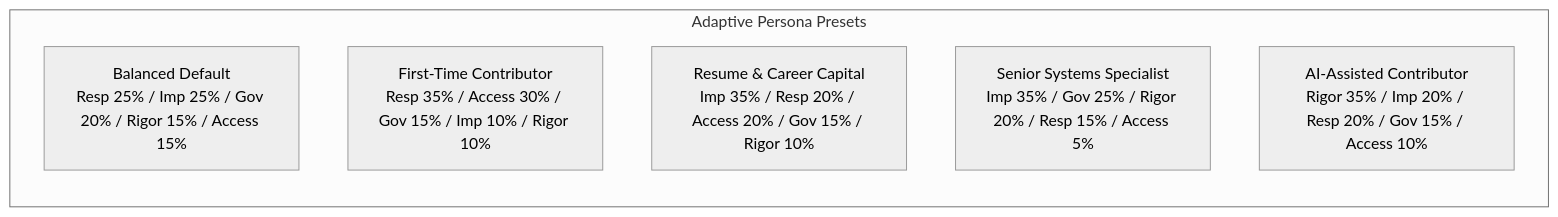
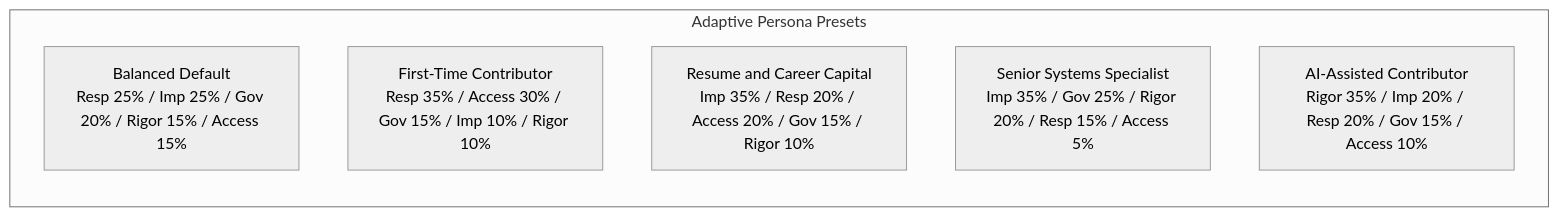
Before and after one commit to pctablet505/porchlamp-engine: the third of 13 diagrams in docs/ARCHITECTURE.md, drawn with Mermaid (neutral theme). The commit also changed other lines of this file and 3 other files, not shown here.

Commit message:
docs: resolve all GFM, KaTeX, and Mermaid rendering issues across architecture and UI specs

````diff
--- a/docs/ARCHITECTURE.md
+++ b/docs/ARCHITECTURE.md
@@ -304,10 +306,10 @@
 ```mermaid
 flowchart LR
     subgraph Personas ["Adaptive Persona Presets"]
         P_Bal["Balanced Default<br/>Resp 25% / Imp 25% / Gov 20% / Rigor 15% / Access 15%"]
         P_First["First-Time Contributor<br/>Resp 35% / Access 30% / Gov 15% / Imp 10% / Rigor 10%"]
-        P_Resume["Resume & Career Capital<br/>Imp 35% / Resp 20% / Access 20% / Gov 15% / Rigor 10%"]
+        P_Resume["Resume and Career Capital<br/>Imp 35% / Resp 20% / Access 20% / Gov 15% / Rigor 10%"]
         P_Senior["Senior Systems Specialist<br/>Imp 35% / Gov 25% / Rigor 20% / Resp 15% / Access 5%"]
         P_AI["AI-Assisted Contributor<br/>Rigor 35% / Imp 20% / Resp 20% / Gov 15% / Access 10%"]
     end
 ```
````
